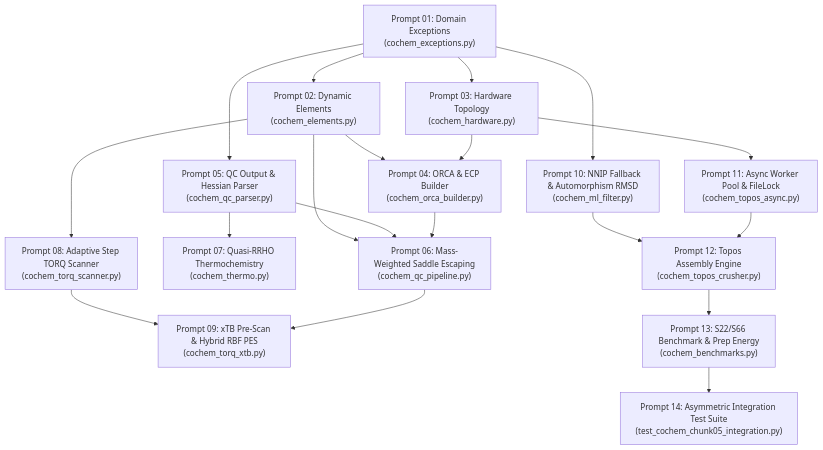
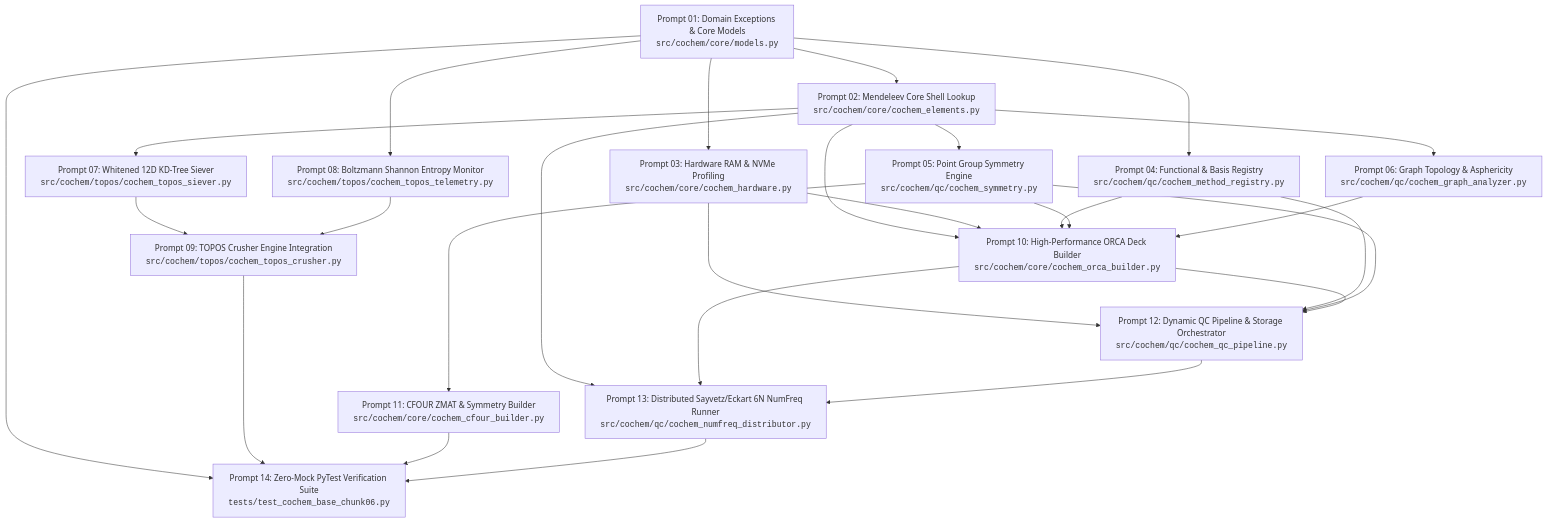
Before and after one commit to ProfJJK-CoChem/CoChem-SpycFit: the diagram in cochem_audit_payload.md, drawn with Mermaid. The commit also changed other lines of this file and 18 other files, not shown here.

````diff
--- a/cochem_audit_payload.md
+++ b/cochem_audit_payload.md
@@ -14,21 +18,29 @@
 ```mermaid
 graph TD
-    P01["Prompt 01: Domain Exceptions<br/>(cochem_exceptions.py)"] --> P02["Prompt 02: Dynamic Elements<br/>(cochem_elements.py)"]
-    P01 --> P03["Prompt 03: Hardware Topology<br/>(cochem_hardware.py)"]
-    P02 --> P04["Prompt 04: ORCA & ECP Builder<br/>(cochem_orca_builder.py)"]
-    P03 --> P04
-    P01 --> P05["Prompt 05: QC Output & Hessian Parser<br/>(cochem_qc_parser.py)"]
-    P02 --> P06["Prompt 06: Mass-Weighted Saddle Escaping<br/>(cochem_qc_pipeline.py)"]
-    P05 --> P06
-    P04 --> P06
-    P05 --> P07["Prompt 07: Quasi-RRHO Thermochemistry<br/>(cochem_thermo.py)"]
-    P02 --> P08["Prompt 08: Adaptive Step TORQ Scanner<br/>(cochem_torq_scanner.py)"]
-    P08 --> P09["Prompt 09: xTB Pre-Scan & Hybrid RBF PES<br/>(cochem_torq_xtb.py)"]
-    P06 --> P09
-    P01 --> P10["Prompt 10: NNIP Fallback & Automorphism RMSD<br/>(cochem_ml_filter.py)"]
-    P03 --> P11["Prompt 11: Async Worker Pool & FileLock<br/>(cochem_topos_async.py)"]
-    P10 --> P12["Prompt 12: Topos Assembly Engine<br/>(cochem_topos_crusher.py)"]
-    P11 --> P12
-    P12 --> P13["Prompt 13: S22/S66 Benchmark & Prep Energy<br/>(cochem_benchmarks.py)"]
-    P13 --> P14["Prompt 14: Asymmetric Integration Test Suite<br/>(test_cochem_chunk05_integration.py)"]
+    P01["Prompt 01: Domain Exceptions & Core Models<br><code>src/cochem/core/models.py</code>"] --> P02["Prompt 02: Mendeleev Core Shell Lookup<br><code>src/cochem/core/cochem_elements.py</code>"]
+    P01 --> P03["Prompt 03: Hardware RAM & NVMe Profiling<br><code>src/cochem/core/cochem_hardware.py</code>"]
+    P01 --> P04["Prompt 04: Functional & Basis Registry<br><code>src/cochem/qc/cochem_method_registry.py</code>"]
+    P02 --> P05["Prompt 05: Point Group Symmetry Engine<br><code>src/cochem/qc/cochem_symmetry.py</code>"]
+    P02 --> P06["Prompt 06: Graph Topology & Asphericity<br><code>src/cochem/qc/cochem_graph_analyzer.py</code>"]
+    P02 --> P07["Prompt 07: Whitened 12D KD-Tree Siever<br><code>src/cochem/topos/cochem_topos_siever.py</code>"]
+    P01 --> P08["Prompt 08: Boltzmann Shannon Entropy Monitor<br><code>src/cochem/topos/cochem_topos_telemetry.py</code>"]
+    P07 --> P09["Prompt 09: TOPOS Crusher Engine Integration<br><code>src/cochem/topos/cochem_topos_crusher.py</code>"]
+    P08 --> P09
+    P02 --> P10["Prompt 10: High-Performance ORCA Deck Builder<br><code>src/cochem/core/cochem_orca_builder.py</code>"]
+    P03 --> P10
+    P04 --> P10
+    P05 --> P10
+    P06 --> P10
+    P05 --> P11["Prompt 11: CFOUR ZMAT & Symmetry Builder<br><code>src/cochem/core/cochem_cfour_builder.py</code>"]
+    P03 --> P12["Prompt 12: Dynamic QC Pipeline & Storage Orchestrator<br><code>src/cochem/qc/cochem_qc_pipeline.py</code>"]
+    P04 --> P12
+    P05 --> P12
+    P10 --> P12
+    P02 --> P13["Prompt 13: Distributed Sayvetz/Eckart 6N NumFreq Runner<br><code>src/cochem/qc/cochem_numfreq_distributor.py</code>"]
+    P10 --> P13
+    P12 --> P13
+    P01 --> P14["Prompt 14: Zero-Mock PyTest Verification Suite<br><code>tests/test_cochem_base_chunk06.py</code>"]
+    P09 --> P14
+    P11 --> P14
+    P13 --> P14
 ```
````
